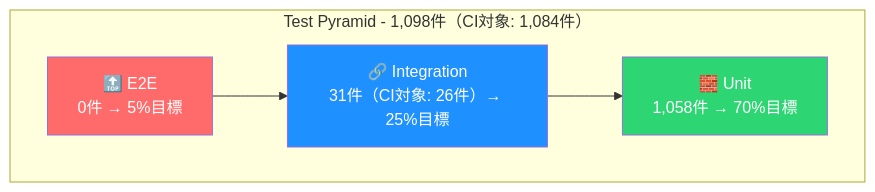
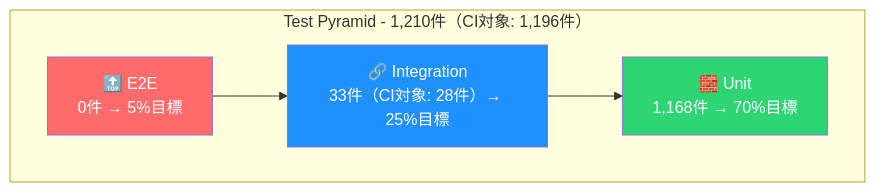
One commit to yaoki-dev/api-test-devops-portfolio changed the second of 3 diagrams in README.md. Above: the diagram before and after it, drawn with Mermaid. The commit also changed other lines of this file and 4 other files, not shown here.

````diff
--- a/README.md
+++ b/README.md
@@ -303,13 +305,13 @@
 ```mermaid
 graph TB
-    subgraph "Test Pyramid - 1,098件（CI対象: 1,084件）"
+    subgraph "Test Pyramid - 1,210件（CI対象: 1,196件）"
         E2E["🔝 E2E<br/>0件 → 5%目標"]
-        Integration["🔗 Integration<br/>31件（CI対象: 26件）→ 25%目標"]
-        Unit["🧱 Unit<br/>1,058件 → 70%目標"]
+        Integration["🔗 Integration<br/>33件（CI対象: 28件）→ 25%目標"]
+        Unit["🧱 Unit<br/>1,168件 → 70%目標"]
     end
     E2E --> Integration --> Unit
 
     style E2E fill:#ff6b6b,color:#fff
     style Integration fill:#1e90ff,color:#fff
     style Unit fill:#2ed573,color:#fff
 ```
````
